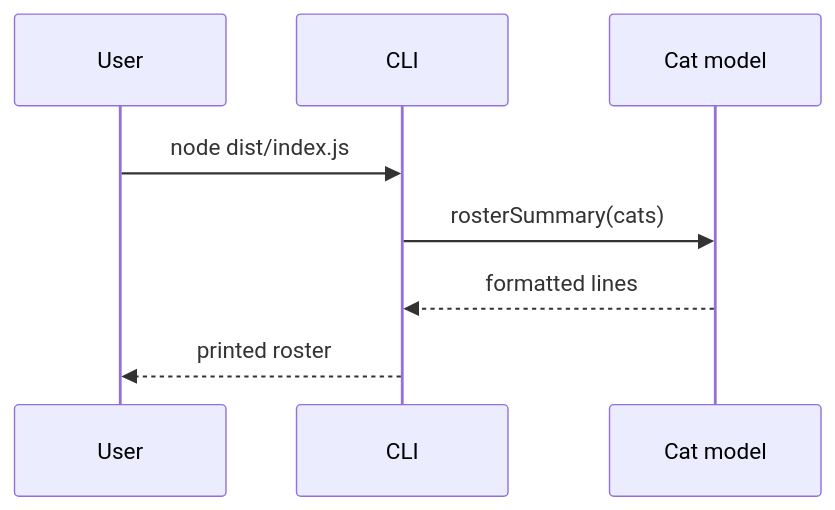
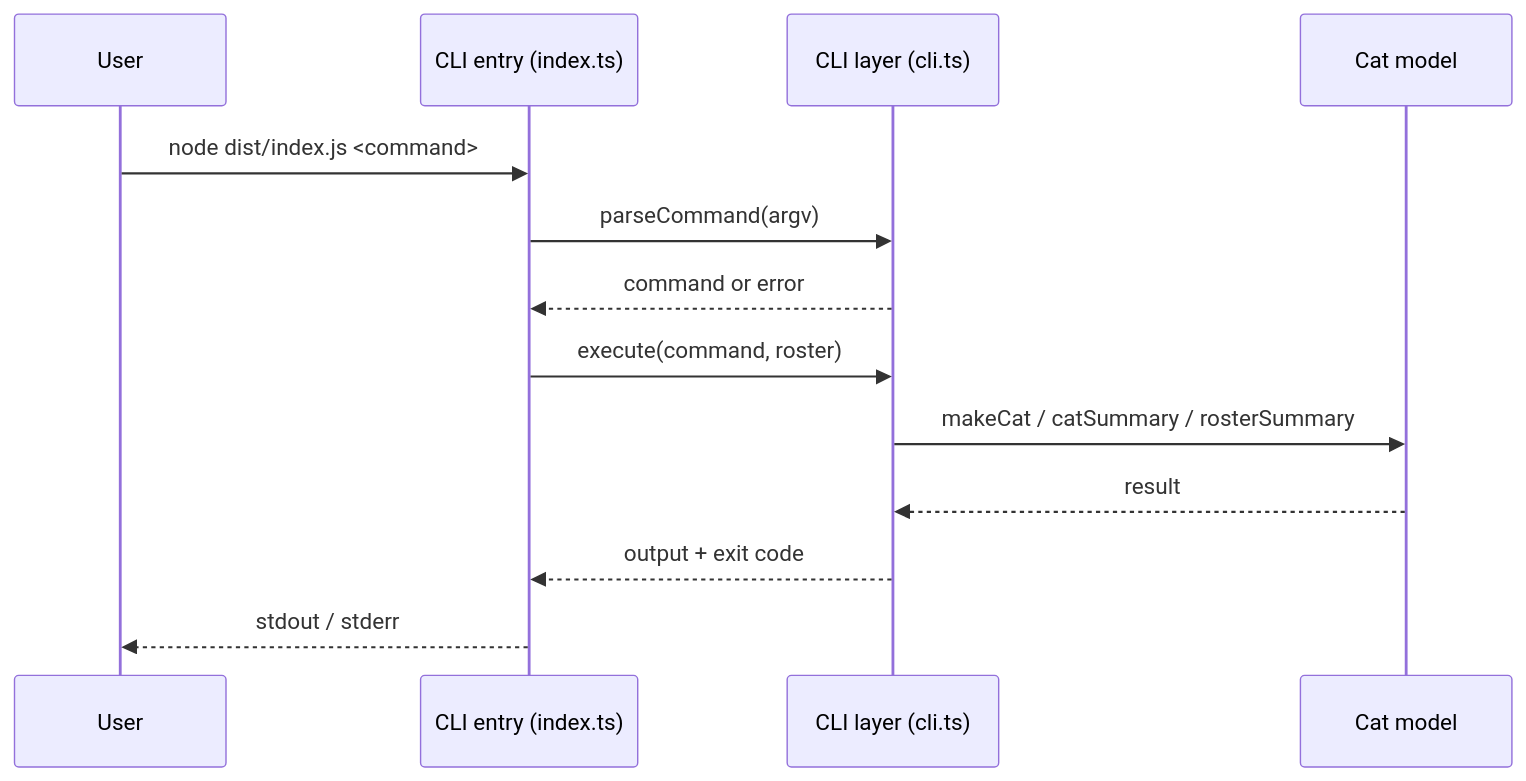
Before and after one commit to cwhiterite/cat-roster: the second of 2 diagrams in docs/architecture.md, drawn with Mermaid. The commit also changed other lines of this file and 3 other files, not shown here.

````diff
--- a/docs/architecture.md
+++ b/docs/architecture.md
@@ -34,10 +37,15 @@
 ```mermaid
 sequenceDiagram
     participant U as User
-    participant C as CLI
+    participant C as CLI entry (index.ts)
+    participant P as CLI layer (cli.ts)
     participant M as Cat model
-    U->>C: node dist/index.js
-    C->>M: rosterSummary(cats)
-    M-->>C: formatted lines
-    C-->>U: printed roster
+    U->>C: node dist/index.js <command>
+    C->>P: parseCommand(argv)
+    P-->>C: command or error
+    C->>P: execute(command, roster)
+    P->>M: makeCat / catSummary / rosterSummary
+    M-->>P: result
+    P-->>C: output + exit code
+    C-->>U: stdout / stderr
 ```
````
